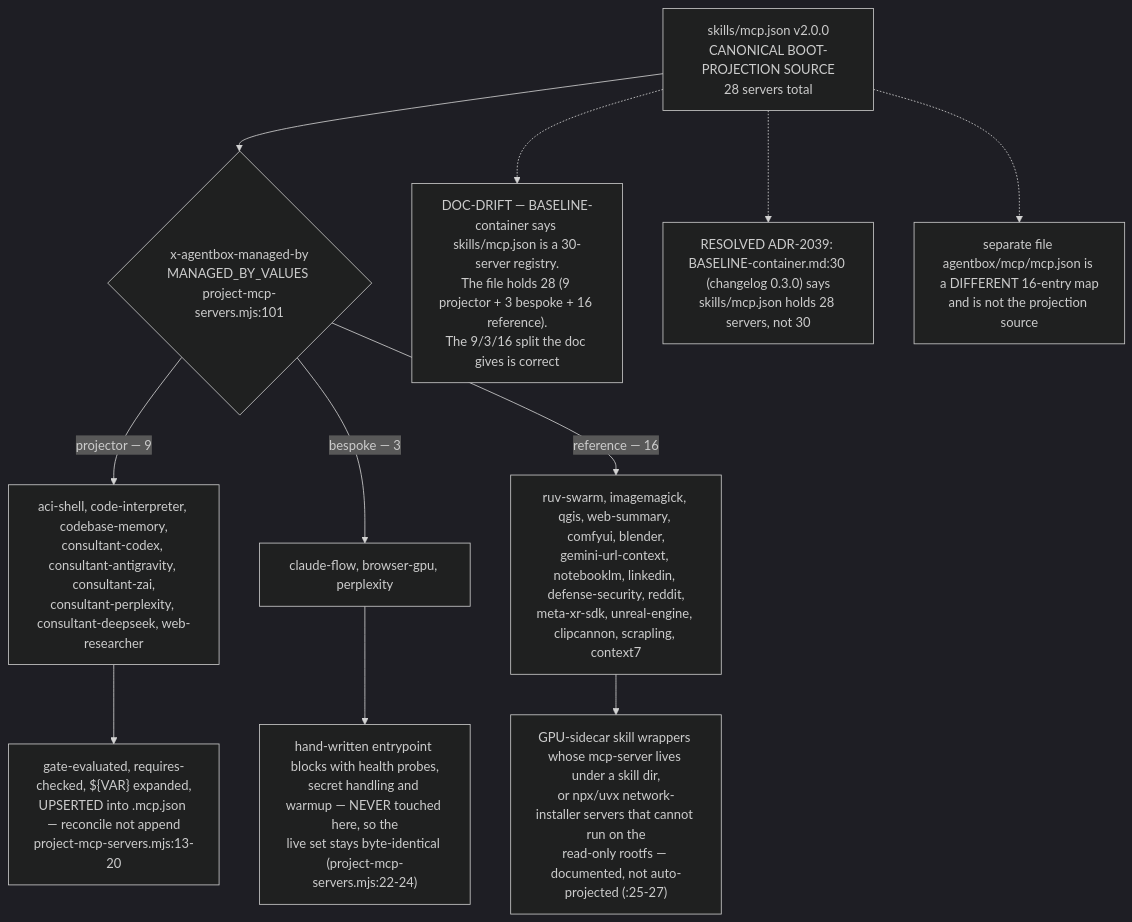
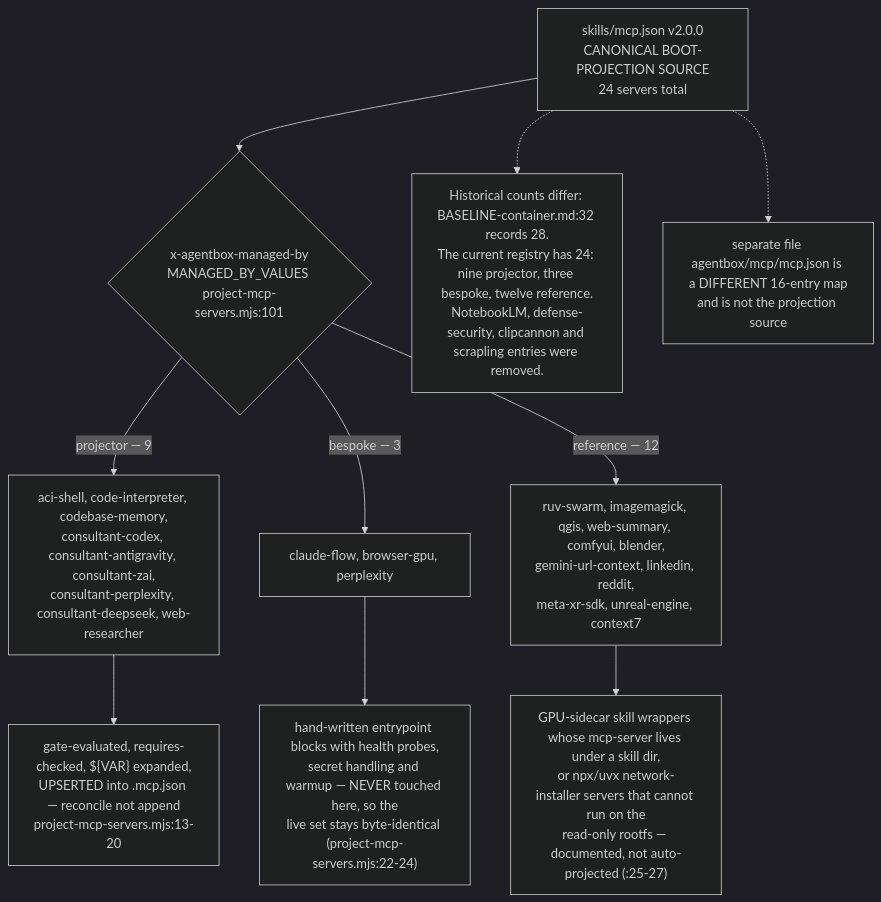
The first of 7 diagrams in docs/diagrams/agentbox/09-mcp-servers-catalogue.md (DreamLab-AI/VisionFlow), drawn with Mermaid (dark theme) before and after one commit. The commit also changed other lines of this file and 7 other files, not shown here.

````diff
--- a/docs/diagrams/agentbox/09-mcp-servers-catalogue.md
+++ b/docs/diagrams/agentbox/09-mcp-servers-catalogue.md
@@ -37,13 +37,12 @@
 ```mermaid
 flowchart TD
-    REG["skills/mcp.json v2.0.0<br/>CANONICAL BOOT-PROJECTION SOURCE<br/>28 servers total"] --> CLS{"x-agentbox-managed-by<br/>MANAGED_BY_VALUES project-mcp-servers.mjs:101"}
+    REG["skills/mcp.json v2.0.0<br/>CANONICAL BOOT-PROJECTION SOURCE<br/>24 servers total"] --> CLS{"x-agentbox-managed-by<br/>MANAGED_BY_VALUES project-mcp-servers.mjs:101"}
     CLS -->|projector — 9| PJ["aci-shell, code-interpreter, codebase-memory,<br/>consultant-codex, consultant-antigravity, consultant-zai,<br/>consultant-perplexity, consultant-deepseek, web-researcher"]
     CLS -->|bespoke — 3| BS["claude-flow, browser-gpu, perplexity"]
-    CLS -->|reference — 16| RF["ruv-swarm, imagemagick, qgis, web-summary, comfyui, blender,<br/>gemini-url-context, notebooklm, linkedin, defense-security, reddit,<br/>meta-xr-sdk, unreal-engine, clipcannon, scrapling, context7"]
+    CLS -->|reference — 12| RF["ruv-swarm, imagemagick, qgis, web-summary, comfyui, blender,<br/>gemini-url-context, linkedin, reddit,<br/>meta-xr-sdk, unreal-engine, context7"]
     PJ --> ACT["gate-evaluated, requires-checked, ${VAR} expanded,<br/>UPSERTED into .mcp.json — reconcile not append<br/>project-mcp-servers.mjs:13-20"]
     BS --> NEVER["hand-written entrypoint blocks with health probes,<br/>secret handling and warmup — NEVER touched here, so the<br/>live set stays byte-identical (project-mcp-servers.mjs:22-24)"]
     RF --> DOC["GPU-sidecar skill wrappers whose mcp-server lives under a skill dir,<br/>or npx/uvx network-installer servers that cannot run on the<br/>read-only rootfs — documented, not auto-projected (:25-27)"]
-    REG -.-> D1["DOC-DRIFT — BASELINE-container says skills/mcp.json is a 30-server registry.<br/>The file holds 28 (9 projector + 3 bespoke + 16 reference).<br/>The 9/3/16 split the doc gives is correct"]
-    REG -.-> D1R["RESOLVED ADR-2039: BASELINE-container.md:30 (changelog 0.3.0) says<br/>skills/mcp.json holds 28 servers, not 30"]
+    REG -.-> D1["Historical counts differ: BASELINE-container.md:32 records 28.<br/>The current registry has 24: nine projector, three bespoke, twelve reference.<br/>NotebookLM, defense-security, clipcannon and scrapling entries were removed."]
     REG -.-> D2["separate file agentbox/mcp/mcp.json is a DIFFERENT 16-entry map<br/>and is not the projection source"]
 ```
````
